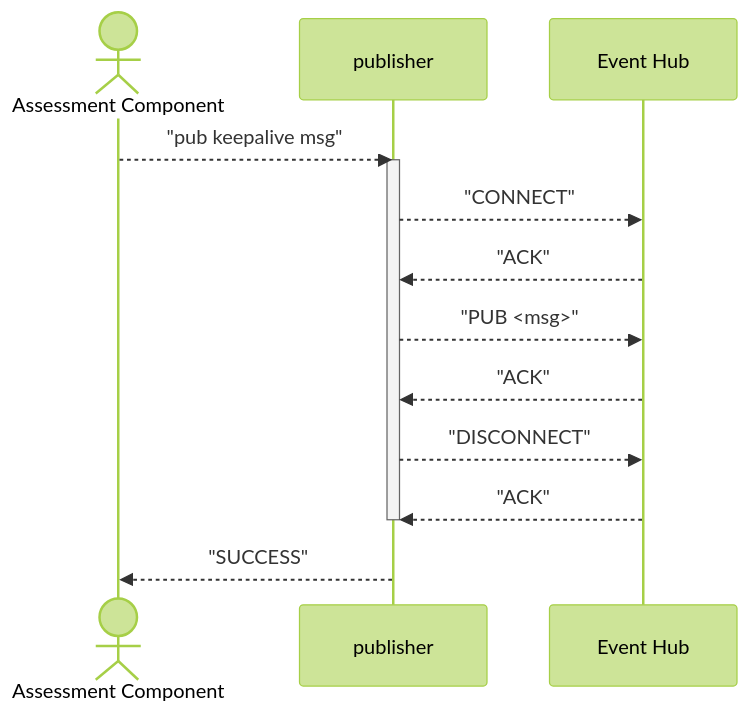
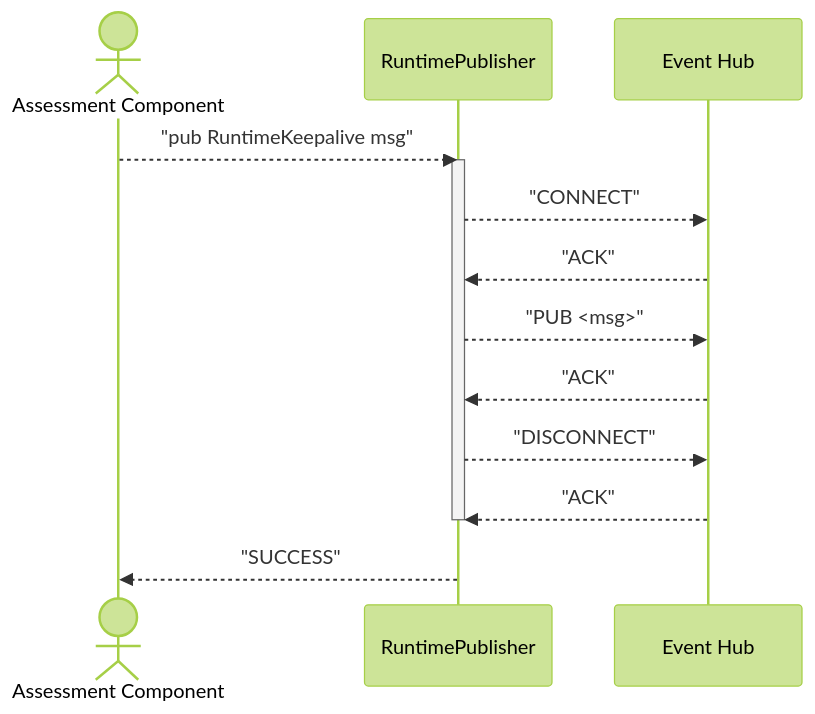
Before and after one commit to compliance-framework/website: the first of 4 diagrams in sequence_diagrams/ASSESSMENT_RUNTIME_DIAGRAMS.md, drawn with Mermaid (forest theme). The commit also changed other lines of this file and 1 other file, not shown here.

````diff
--- a/sequence_diagrams/ASSESSMENT_RUNTIME_DIAGRAMS.md
+++ b/sequence_diagrams/ASSESSMENT_RUNTIME_DIAGRAMS.md
@@ -8,16 +8,16 @@
 ```mermaid
 sequenceDiagram
 actor Assessment Component
-participant publisher
-    Assessment Component -->> publisher: "pub keepalive msg"
-     activate publisher
-    publisher -->> Event Hub: "CONNECT"
-    Event Hub -->> publisher: "ACK"
-    publisher -->> Event Hub: "PUB <msg>"
-    Event Hub -->> publisher: "ACK"
-    publisher -->> Event Hub: "DISCONNECT"
-    Event Hub -->> publisher: "ACK"
-    deactivate publisher
-    publisher -->> Assessment Component: "SUCCESS"
+participant RuntimePublisher
+    Assessment Component -->> RuntimePublisher: "pub RuntimeKeepalive msg"
+     activate RuntimePublisher
+    RuntimePublisher -->> Event Hub: "CONNECT"
+    Event Hub -->> RuntimePublisher: "ACK"
+    RuntimePublisher -->> Event Hub: "PUB <msg>"
+    Event Hub -->> RuntimePublisher: "ACK"
+    RuntimePublisher -->> Event Hub: "DISCONNECT"
+    Event Hub -->> RuntimePublisher: "ACK"
+    deactivate RuntimePublisher
+    RuntimePublisher -->> Assessment Component: "SUCCESS"
 
 ```
````
